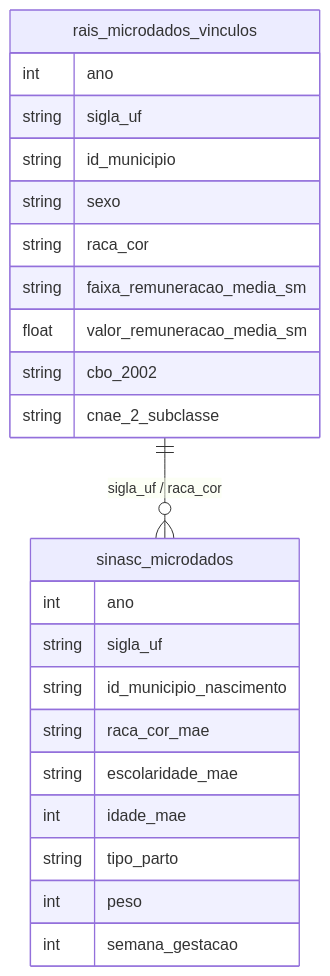
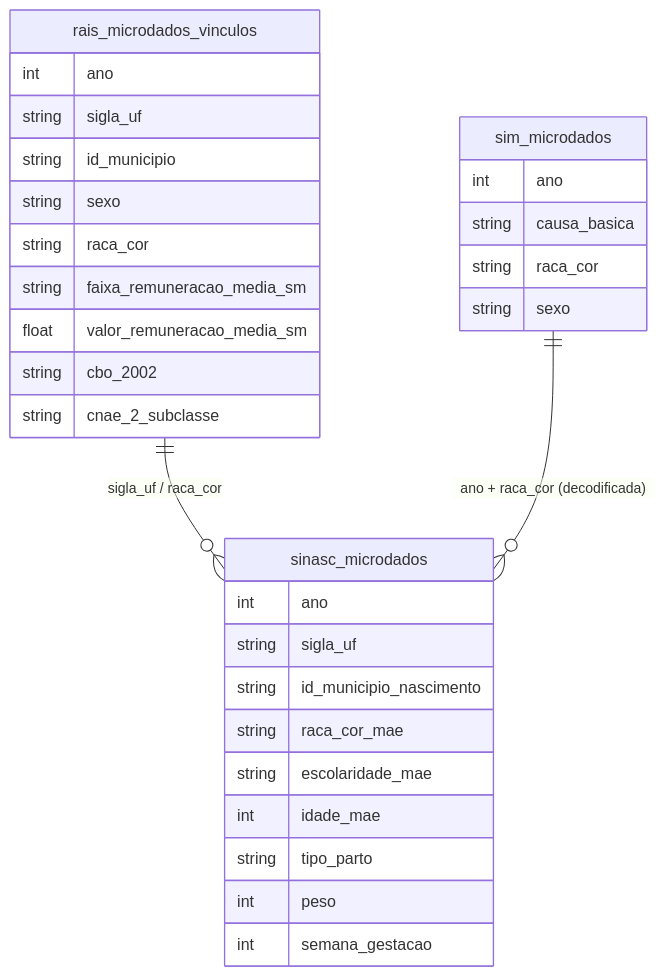
Before and after one commit to rafapolo/rodado: the diagram in docs/mapa/overview/12_interseccionalidade.md, drawn with Mermaid. The commit also changed other lines of this file and 135 other files, not shown here.

````diff
--- a/docs/mapa/overview/12_interseccionalidade.md
+++ b/docs/mapa/overview/12_interseccionalidade.md
@@ -2,26 +2,33 @@
 ```mermaid
 erDiagram
     rais_microdados_vinculos {
         int ano
         string sigla_uf
         string id_municipio
         string sexo
         string raca_cor
         string faixa_remuneracao_media_sm
         float valor_remuneracao_media_sm
         string cbo_2002
         string cnae_2_subclasse
     }
     sinasc_microdados {
         int ano
         string sigla_uf
         string id_municipio_nascimento
         string raca_cor_mae
         string escolaridade_mae
         int idade_mae
         string tipo_parto
         int peso
         int semana_gestacao
     }
+    sim_microdados {
+        int ano
+        string causa_basica
+        string raca_cor
+        string sexo
+    }
     rais_microdados_vinculos ||--o{ sinasc_microdados : "sigla_uf / raca_cor"
+    sim_microdados ||--o{ sinasc_microdados : "ano + raca_cor (decodificada)"
 ```
````
